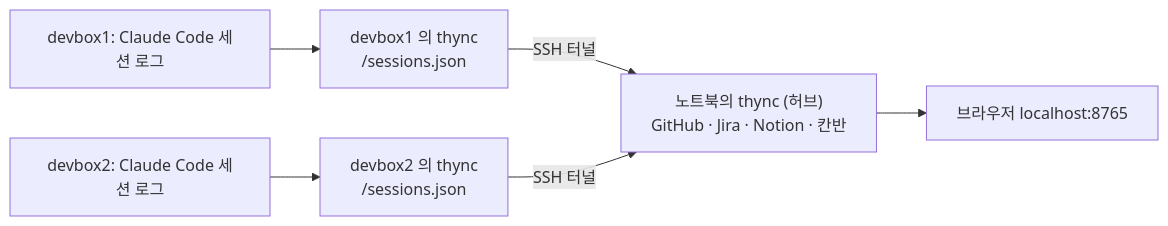
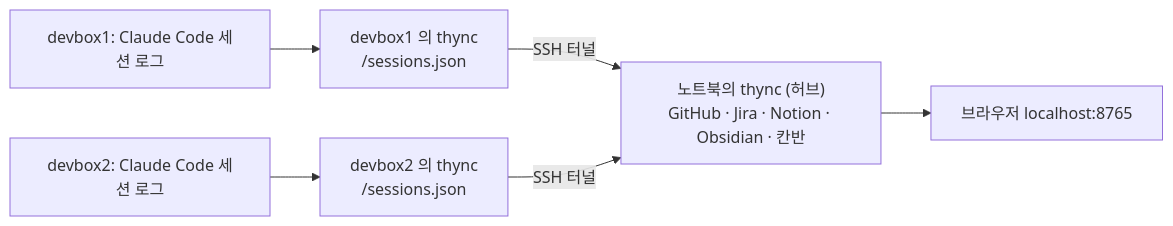
Before and after one commit to inkme9/thync: the diagram in docs/configuration.md, drawn with Mermaid. The commit also changed other lines of this file and 21 other files, not shown here.

First line of the commit message:
feat: show recently edited Obsidian notes on the graph (#3)

````diff
--- a/docs/configuration.md
+++ b/docs/configuration.md
@@ -61,8 +62,8 @@
 ```mermaid
 flowchart LR
     A["devbox1: Claude Code 세션 로그"] --> TA["devbox1 의 thync<br>/sessions.json"]
     B["devbox2: Claude Code 세션 로그"] --> TB["devbox2 의 thync<br>/sessions.json"]
-    TA -- "SSH 터널" --> H["노트북의 thync (허브)<br>GitHub · Jira · Notion · 칸반"]
+    TA -- "SSH 터널" --> H["노트북의 thync (허브)<br>GitHub · Jira · Notion · Obsidian · 칸반"]
     TB -- "SSH 터널" --> H
     H --> W["브라우저 localhost:8765"]
 ```
````
